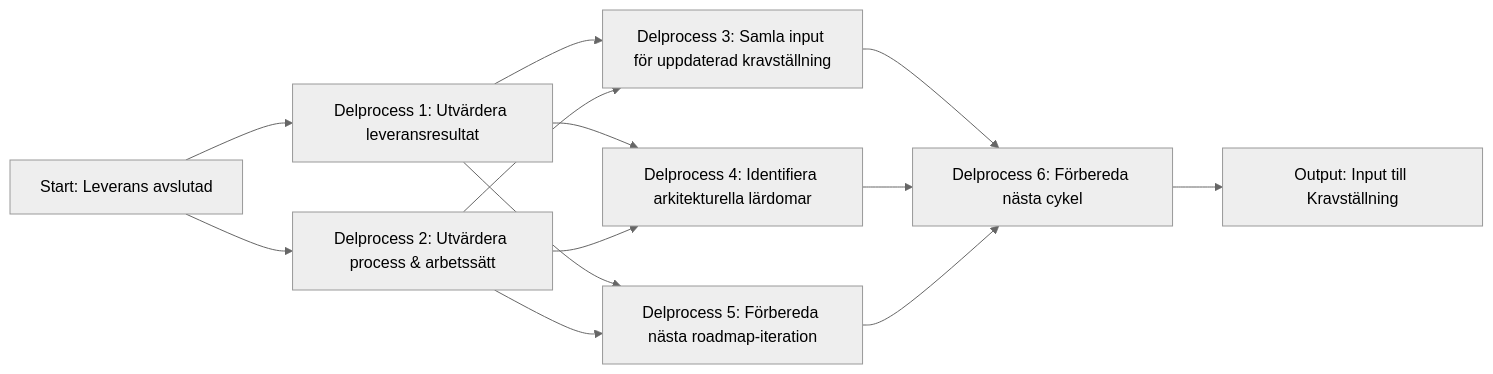
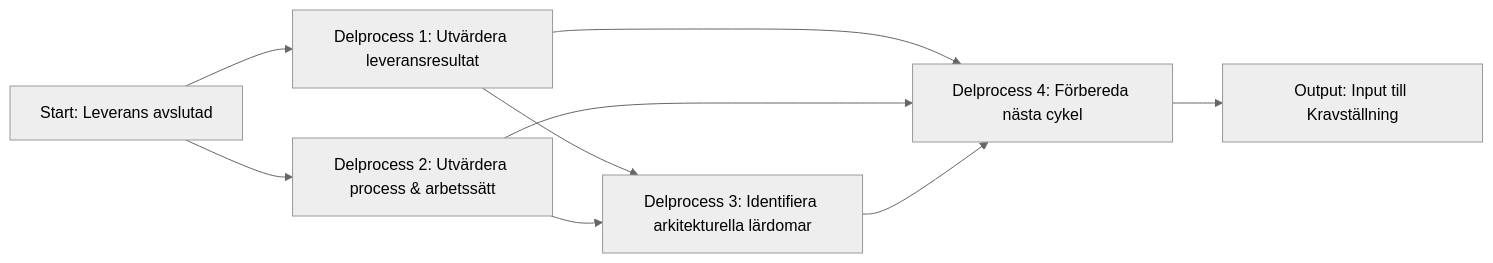
Before and after one commit to Riniga/valuestream-os: the diagram in framework/standard/processes/5. Repeat.md, drawn with Mermaid (neutral theme). The commit also changed other lines of this file and 17 other files, not shown here.

````diff
--- a/framework/standard/processes/5. Repeat.md
+++ b/framework/standard/processes/5. Repeat.md
@@ -11,15 +11,11 @@
 ```mermaid
 flowchart LR
     A0["Start: Leverans avslutad"] --> A1["Delprocess 1: Utvärdera leveransresultat"]
     A0 --> A2["Delprocess 2: Utvärdera process & arbetssätt"]
-    A1 --> B1["Delprocess 3: Samla input för uppdaterad kravställning"]
+    A1 --> B1["Delprocess 3: Identifiera arkitekturella lärdomar"]
     A2 --> B1
-    A1 --> B2["Delprocess 4: Identifiera arkitekturella lärdomar"]
-    A2 --> B2
-    A1 --> B3["Delprocess 5: Förbereda nästa roadmap-iteration"]
-    A2 --> B3
-    B1 --> C1["Delprocess 6: Förbereda nästa cykel"]
-    B2 --> C1
-    B3 --> C1
+    A1 --> C1["Delprocess 4: Förbereda nästa cykel"]
+    A2 --> C1
+    B1 --> C1
     C1 --> D0["Output: Input till Kravställning"]
 ```
````
